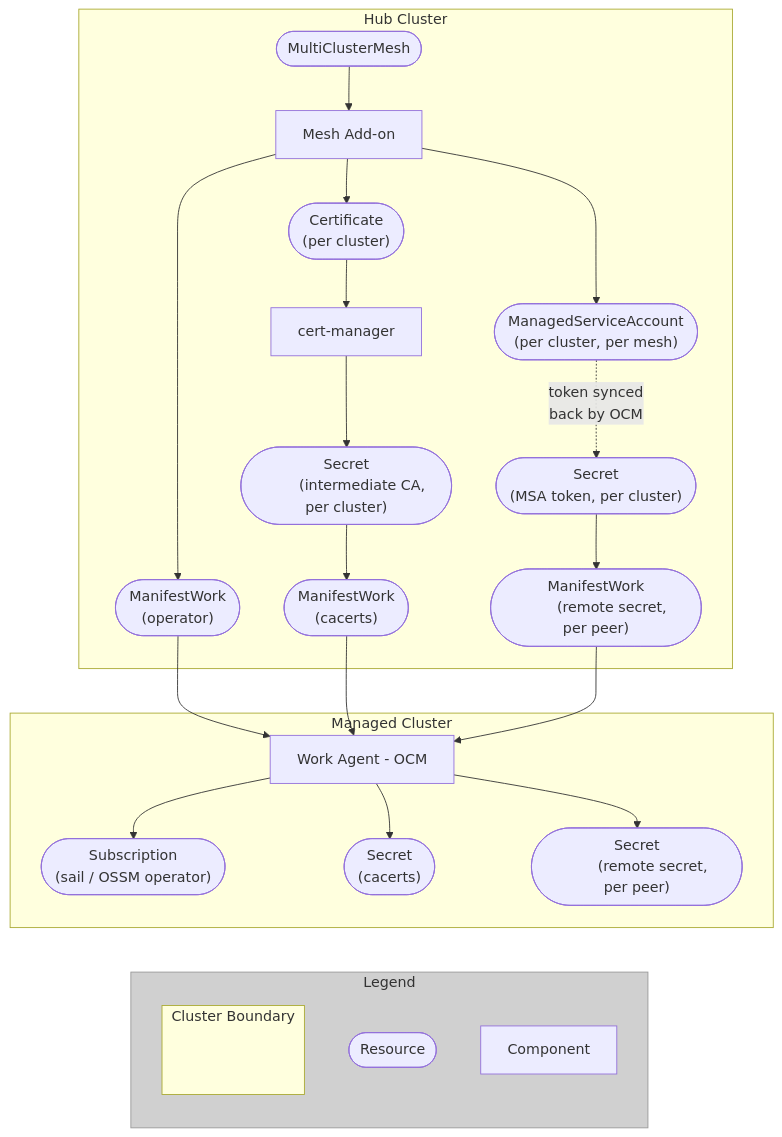
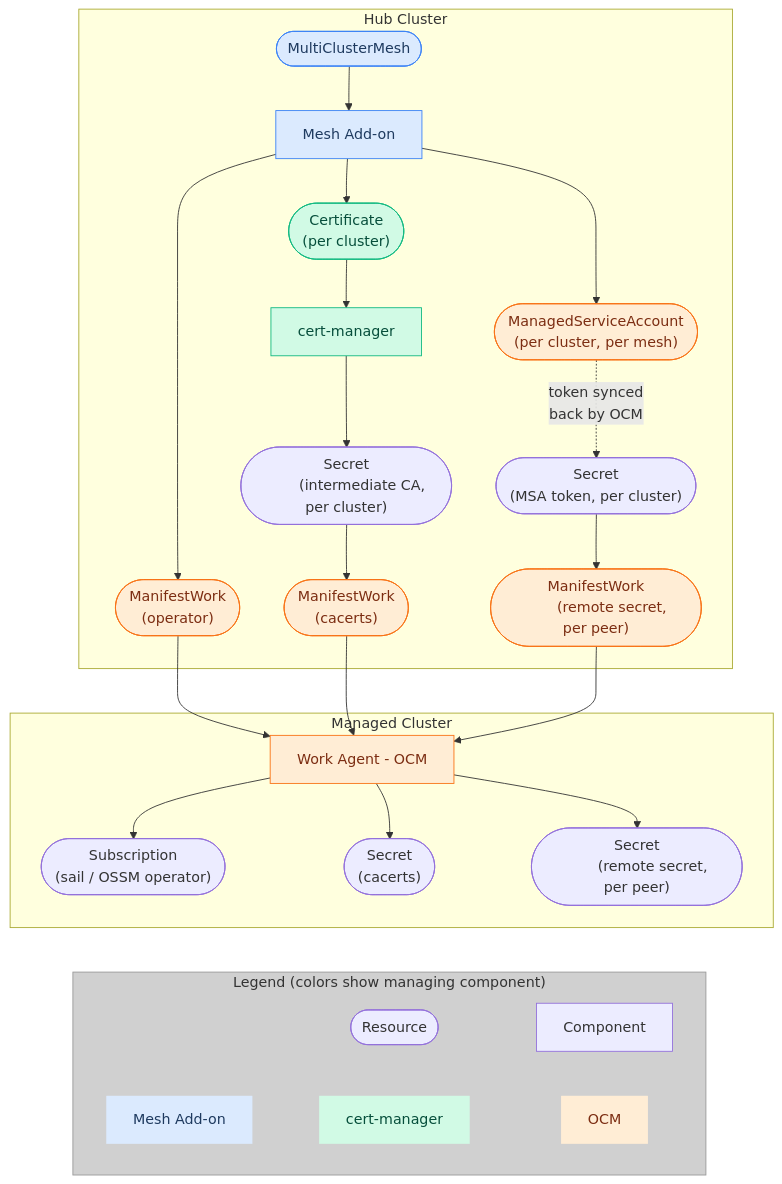
One commit to stolostron/multicluster-mesh-addon changed the diagram in docs/design.md. Above: the diagram before and after it, drawn with Mermaid. The commit also changed other lines of this file, not shown here.

Commit message:
Addressed review comments

````diff
--- a/docs/design.md
+++ b/docs/design.md
@@ -33,50 +33,61 @@
 ```mermaid
 flowchart TD
     subgraph Hub Cluster
         mesh([MultiClusterMesh]) --> addon[Mesh Add-on]
         addon --> cert(["Certificate
         (per cluster)"])
         cert --> certmanager[cert-manager]
         addon --> msa(["ManagedServiceAccount
         (per cluster, per mesh)"])
         certmanager --> casecret(["Secret
         (intermediate CA, per cluster)"])
         msa -.->|"token synced
         back by OCM"| tokensecret(["Secret
         (MSA token, per cluster)"])
         addon --> mw_operator(["ManifestWork
         (operator)"])
         casecret --> mw_cacerts(["ManifestWork
         (cacerts)"])
         tokensecret --> mw_remote(["ManifestWork
         (remote secret, per peer)"])
     end
 
     subgraph Managed Cluster
         agent[Work Agent - OCM] --> subscription(["Subscription
         (sail / OSSM operator)"])
         agent --> cacerts(["Secret
         (cacerts)"])
         agent --> remotesecret(["Secret
         (remote secret, per peer)"])
     end
 
     mw_operator --> agent
     mw_cacerts --> agent
     mw_remote --> agent
 
-    subgraph Legend
-        direction TB
-        L1([Resource])
-        L2[Component]
-        subgraph L3[Cluster Boundary]
-            L4[ ]
-        end
+    subgraph Legend[Legend #40;colors show managing component#41;]
+        L1([Resource]) ~~~ L2[Component]
+        C1[Mesh Add-on]:::addon ~~~ C2[cert-manager]:::certmgr ~~~ C3[OCM]:::ocm
     end
 
     %% fake link to make legend centered
     cacerts ~~~ Legend
 
-    style L4 fill:none,stroke:none
     style Legend fill:#d0d0d0,stroke:#999,color:#333
+    style C1 stroke:none
+    style C2 stroke:none
+    style C3 stroke:none
+
+    %% Mesh Add-on managed (blue)
+    classDef addon fill:#dbeafe,stroke:#3b82f6,color:#1e3a5f
+    class addon,mesh addon
+
+    %% cert-manager managed (green)
+    classDef certmgr fill:#d1fae5,stroke:#10b981,color:#064e3b
+    class certmanager,cert certmgr
+
+    %% OCM managed (orange)
+    classDef ocm fill:#ffedd5,stroke:#f97316,color:#7c2d12
+    class agent,msa,mw_operator,mw_cacerts,mw_remote ocm
+
 ```
````
